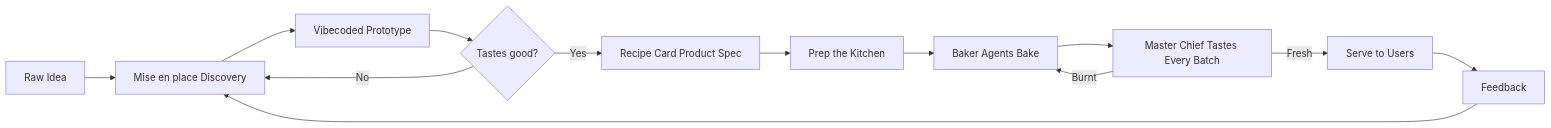
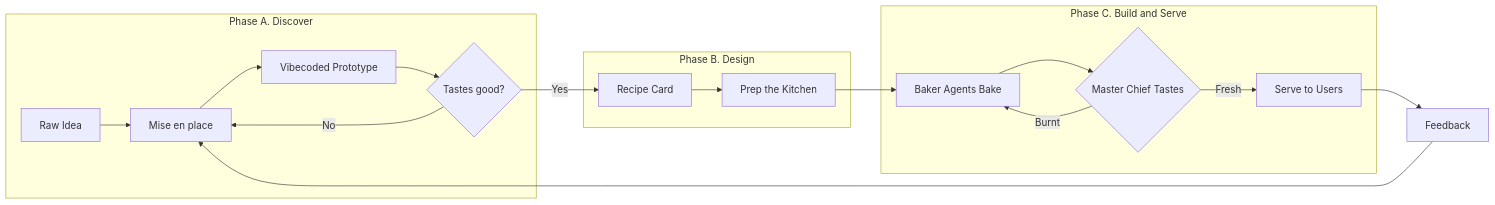
One commit to softbakedev/recipes changed the first of 4 diagrams in how-to-turn-an-idea-into-a-product-recipe/README.md. Above: the diagram before and after it, drawn with Mermaid. The commit also changed other lines of this file and 4 other files, not shown here.

````diff
--- a/how-to-turn-an-idea-into-a-product-recipe/README.md
+++ b/how-to-turn-an-idea-into-a-product-recipe/README.md
@@ -29,15 +54,26 @@
 ```mermaid
 flowchart LR
-    A[Raw Idea] --> B[Mise en place Discovery]
-    B --> C[Vibecoded Prototype]
-    C --> D{Tastes good?}
-    D -- No --> B
-    D -- Yes --> E[Recipe Card Product Spec]
-    E --> F[Prep the Kitchen]
-    F --> G[Baker Agents Bake]
-    G --> H[Master Chief Tastes Every Batch]
+    subgraph Discover["Phase A. Discover"]
+        A[Raw Idea] --> B[Mise en place]
+        B --> C[Vibecoded Prototype]
+        C --> D{Tastes good?}
+        D -- No --> B
+    end
+    subgraph Design["Phase B. Design"]
+        E[Recipe Card]
+        F[Prep the Kitchen]
+    end
+    subgraph Serve["Phase C. Build and Serve"]
+        G[Baker Agents Bake]
+        H{Master Chief Tastes}
+        I[Serve to Users]
+    end
+    D -- Yes --> E
+    E --> F
+    F --> G
+    G --> H
     H -- Burnt --> G
-    H -- Fresh --> I[Serve to Users]
+    H -- Fresh --> I
     I --> J[Feedback]
     J --> B
 ```
````
